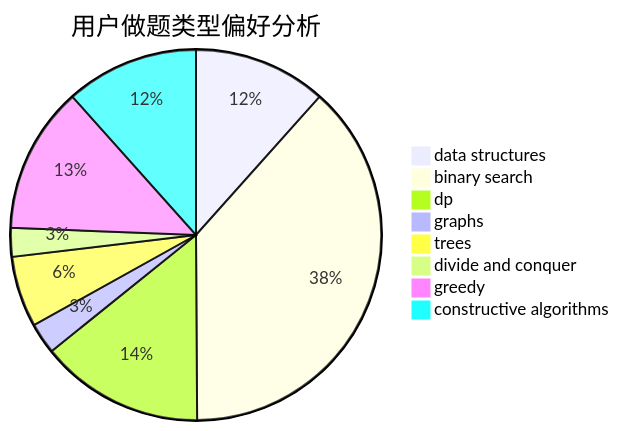
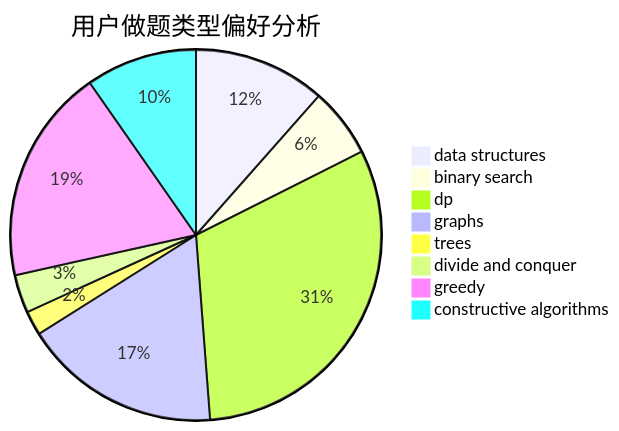
The second of 3 diagrams in docs/user/u812.md (sherpahu/cfrs.github.io), drawn with Mermaid before and after one commit. The commit also changed other lines of this file and 2770 other files, not shown here.

````diff
--- a/docs/user/u812.md
+++ b/docs/user/u812.md
@@ -23,11 +23,11 @@
 ```mermaid
 pie title 用户做题类型偏好分析
-    "data structures" :  60
-    "binary search" :  198
-    "dp" :  74
-    "graphs" :  14
-    "trees" :  32
-    "divide and conquer" :  13
-    "greedy" :  66
-    "constructive algorithms" :  60
+    "data structures" :  38
+    "binary search" :  20
+    "dp" :  103
+    "graphs" :  57
+    "trees" :  7
+    "divide and conquer" :  11
+    "greedy" :  62
+    "constructive algorithms" :  32
 ```
````
